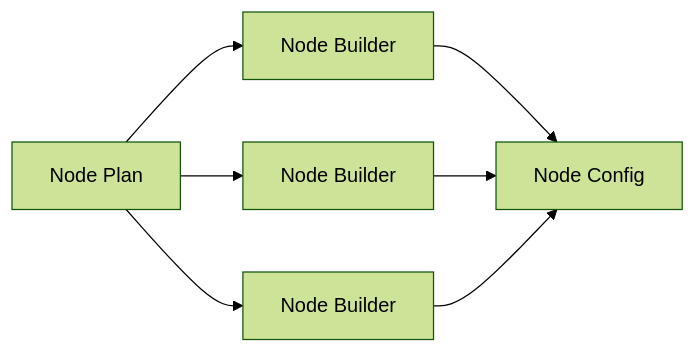
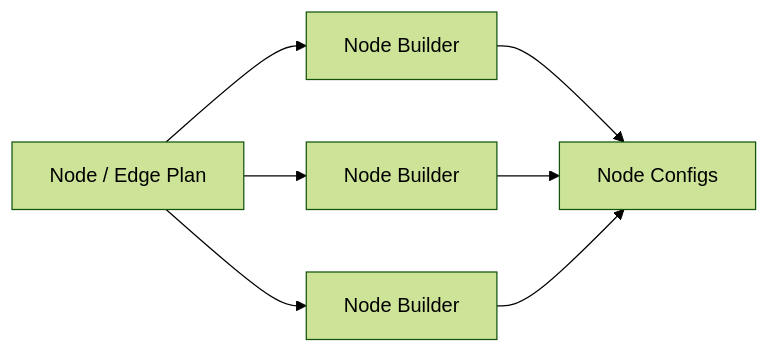
One commit to sgfd-ui/internship changed the eighth of 12 diagrams in weekly-report/dify-1.17-core-capabilities-research.md. Above: the diagram before and after it, drawn with Mermaid (forest theme). The commit also changed other lines of this file, not shown here.

Commit message:
docs: simplify AI Workflow research architecture

````diff
--- a/weekly-report/dify-1.17-core-capabilities-research.md
+++ b/weekly-report/dify-1.17-core-capabilities-research.md
@@ -237,9 +220,9 @@
 ```mermaid
 flowchart LR
-    A[Node Plan] --> B1[Node Builder]
+    A[Node / Edge Plan] --> B1[Node Builder]
     A --> B2[Node Builder]
     A --> B3[Node Builder]
-    B1 --> C[Node Config]
+    B1 --> C[Node Configs]
     B2 --> C
     B3 --> C
 ```
````
